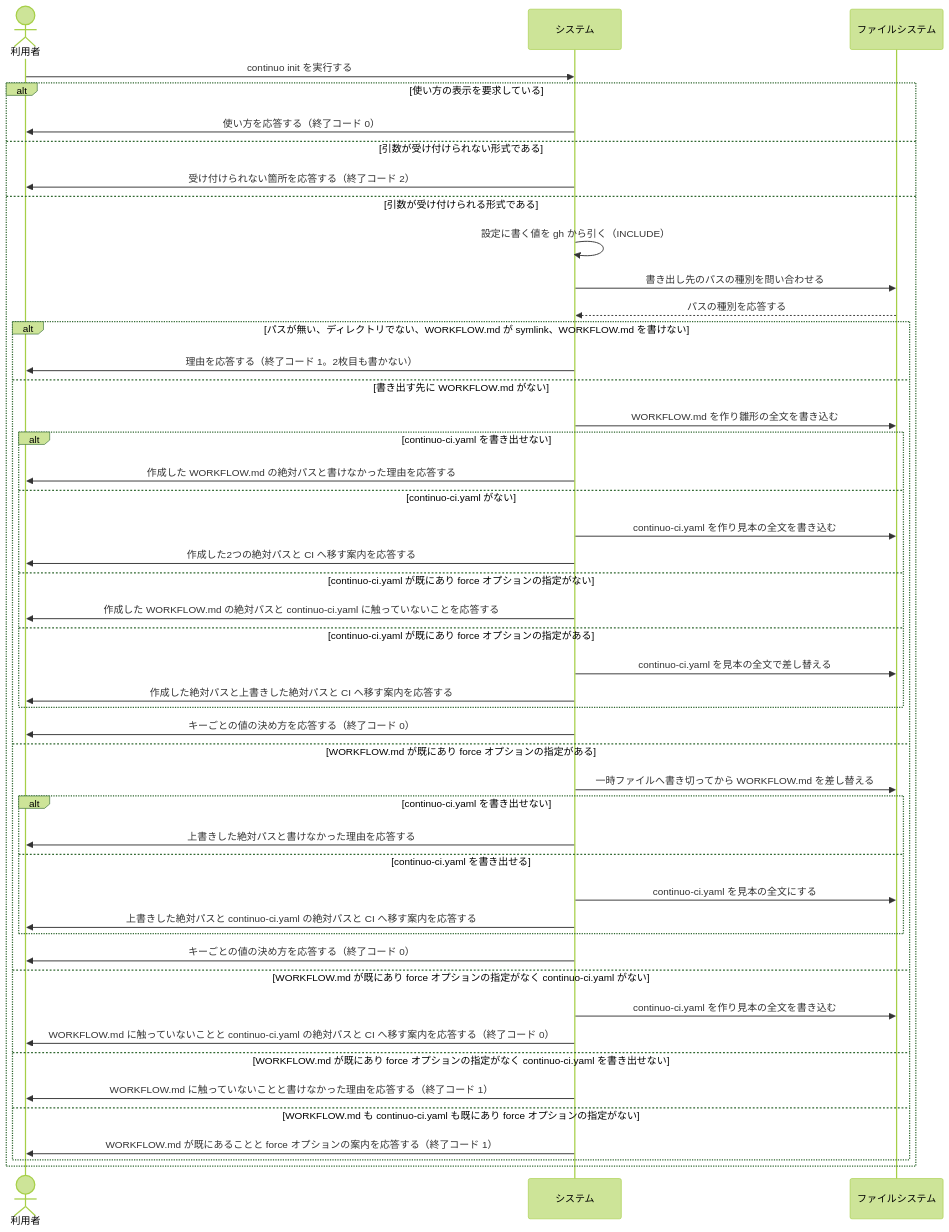
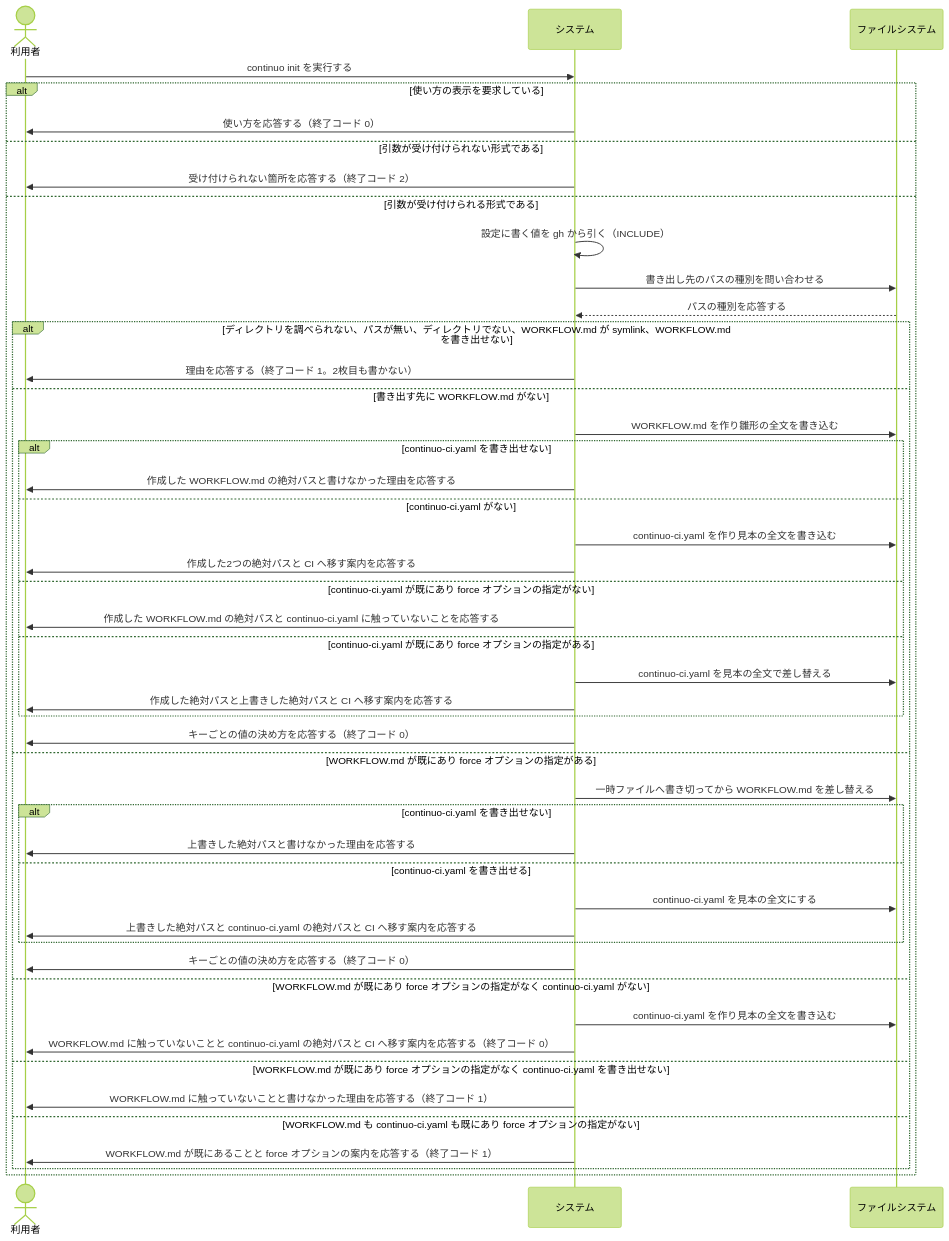
Before and after one commit to maimuzo/continuo: the second of 2 diagrams in docs/spec/usecases/particular_case/設定ファイルを作る.rucm.md, drawn with Mermaid (forest theme). The commit also changed other lines of this file and 93 other files, not shown here.

````diff
--- a/docs/spec/usecases/particular_case/設定ファイルを作る.rucm.md
+++ b/docs/spec/usecases/particular_case/設定ファイルを作る.rucm.md
@@ -366,50 +401,50 @@
 ```mermaid
 sequenceDiagram
     actor 利用者
     participant システム
     participant ファイルシステム
 
     利用者->>システム: continuo init を実行する
     alt 使い方の表示を要求している
         システム->>利用者: 使い方を応答する（終了コード 0）
     else 引数が受け付けられない形式である
         システム->>利用者: 受け付けられない箇所を応答する（終了コード 2）
     else 引数が受け付けられる形式である
         システム->>システム: 設定に書く値を gh から引く（INCLUDE）
         システム->>ファイルシステム: 書き出し先のパスの種別を問い合わせる
         ファイルシステム-->>システム: パスの種別を応答する
-        alt パスが無い、ディレクトリでない、WORKFLOW.md が symlink、WORKFLOW.md を書けない
+        alt ディレクトリを調べられない、パスが無い、ディレクトリでない、WORKFLOW.md が symlink、WORKFLOW.md を書き出せない
             システム->>利用者: 理由を応答する（終了コード 1。2枚目も書かない）
         else 書き出す先に WORKFLOW.md がない
             システム->>ファイルシステム: WORKFLOW.md を作り雛形の全文を書き込む
             alt continuo-ci.yaml を書き出せない
                 システム->>利用者: 作成した WORKFLOW.md の絶対パスと書けなかった理由を応答する
             else continuo-ci.yaml がない
                 システム->>ファイルシステム: continuo-ci.yaml を作り見本の全文を書き込む
                 システム->>利用者: 作成した2つの絶対パスと CI へ移す案内を応答する
             else continuo-ci.yaml が既にあり force オプションの指定がない
                 システム->>利用者: 作成した WORKFLOW.md の絶対パスと continuo-ci.yaml に触っていないことを応答する
             else continuo-ci.yaml が既にあり force オプションの指定がある
                 システム->>ファイルシステム: continuo-ci.yaml を見本の全文で差し替える
                 システム->>利用者: 作成した絶対パスと上書きした絶対パスと CI へ移す案内を応答する
             end
             システム->>利用者: キーごとの値の決め方を応答する（終了コード 0）
         else WORKFLOW.md が既にあり force オプションの指定がある
             システム->>ファイルシステム: 一時ファイルへ書き切ってから WORKFLOW.md を差し替える
             alt continuo-ci.yaml を書き出せない
                 システム->>利用者: 上書きした絶対パスと書けなかった理由を応答する
             else continuo-ci.yaml を書き出せる
                 システム->>ファイルシステム: continuo-ci.yaml を見本の全文にする
                 システム->>利用者: 上書きした絶対パスと continuo-ci.yaml の絶対パスと CI へ移す案内を応答する
             end
             システム->>利用者: キーごとの値の決め方を応答する（終了コード 0）
         else WORKFLOW.md が既にあり force オプションの指定がなく continuo-ci.yaml がない
             システム->>ファイルシステム: continuo-ci.yaml を作り見本の全文を書き込む
             システム->>利用者: WORKFLOW.md に触っていないことと continuo-ci.yaml の絶対パスと CI へ移す案内を応答する（終了コード 0）
         else WORKFLOW.md が既にあり force オプションの指定がなく continuo-ci.yaml を書き出せない
             システム->>利用者: WORKFLOW.md に触っていないことと書けなかった理由を応答する（終了コード 1）
         else WORKFLOW.md も continuo-ci.yaml も既にあり force オプションの指定がない
             システム->>利用者: WORKFLOW.md が既にあることと force オプションの案内を応答する（終了コード 1）
         end
     end
 ```
````
